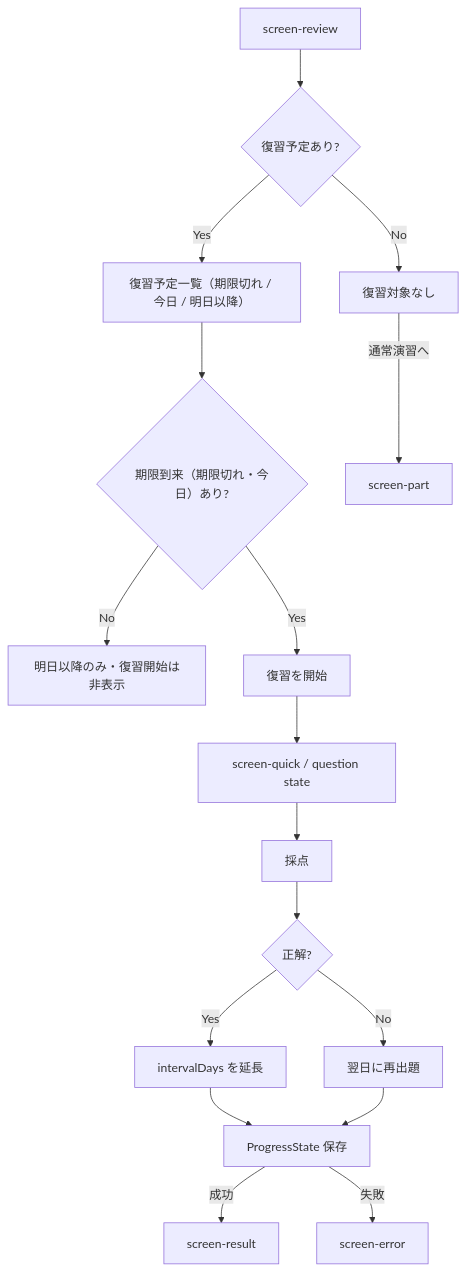
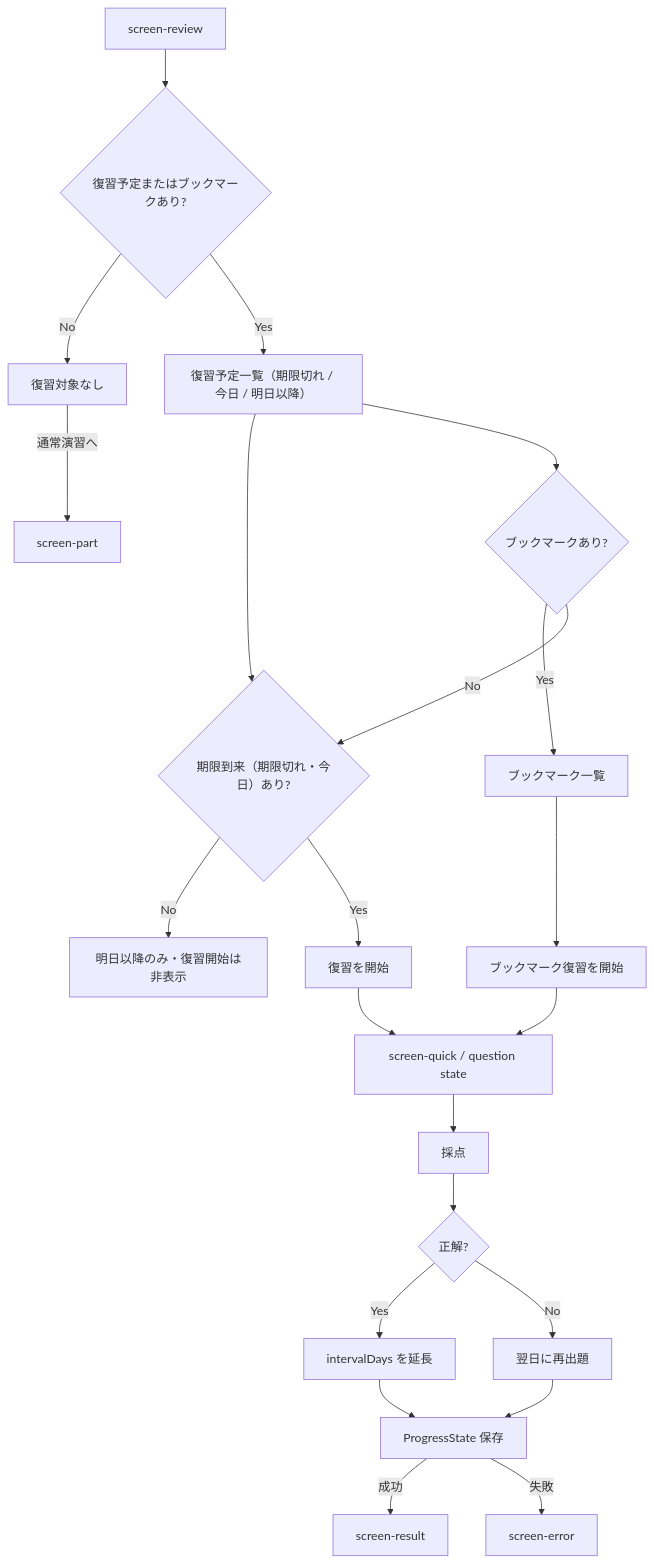
Before and after one commit to komavideo/nextjs-toeic: the fourth of 5 diagrams in docs/WIREFLOW.md, drawn with Mermaid. The commit also changed other lines of this file and 5 other files, not shown here.

````diff
--- a/docs/WIREFLOW.md
+++ b/docs/WIREFLOW.md
@@ -142,36 +142,44 @@
 ```mermaid
 flowchart TD
   Review["screen-review"]
-  Scheduled{"復習予定あり?"}
+  Scheduled{"復習予定またはブックマークあり?"}
   List["復習予定一覧（期限切れ / 今日 / 明日以降）"]
   Due{"期限到来（期限切れ・今日）あり?"}
   Wait["明日以降のみ・復習開始は非表示"]
+  Bookmarked{"ブックマークあり?"}
+  BookmarkList["ブックマーク一覧"]
+  BookmarkStart["ブックマーク復習を開始"]
   EmptyState["復習対象なし"]
   Part["screen-part"]
   Start["復習を開始"]
   Practice["screen-quick / question state"]
   Grade["採点"]
   Correct{"正解?"}
   Extend["intervalDays を延長"]
   Reset["翌日に再出題"]
   Save["ProgressState 保存"]
   Result["screen-result"]
   Error["screen-error"]
 
   Review --> Scheduled
   Scheduled -->|No| EmptyState
   EmptyState -->|通常演習へ| Part
   Scheduled -->|Yes| List
   List --> Due
+  List --> Bookmarked
   Due -->|No| Wait
   Due -->|Yes| Start
+  Bookmarked -->|Yes| BookmarkList
+  Bookmarked -->|No| Due
+  BookmarkList --> BookmarkStart
+  BookmarkStart --> Practice
   Start --> Practice
   Practice --> Grade
   Grade --> Correct
   Correct -->|Yes| Extend
   Correct -->|No| Reset
   Extend --> Save
   Reset --> Save
   Save -->|成功| Result
   Save -->|失敗| Error
 ```
````
